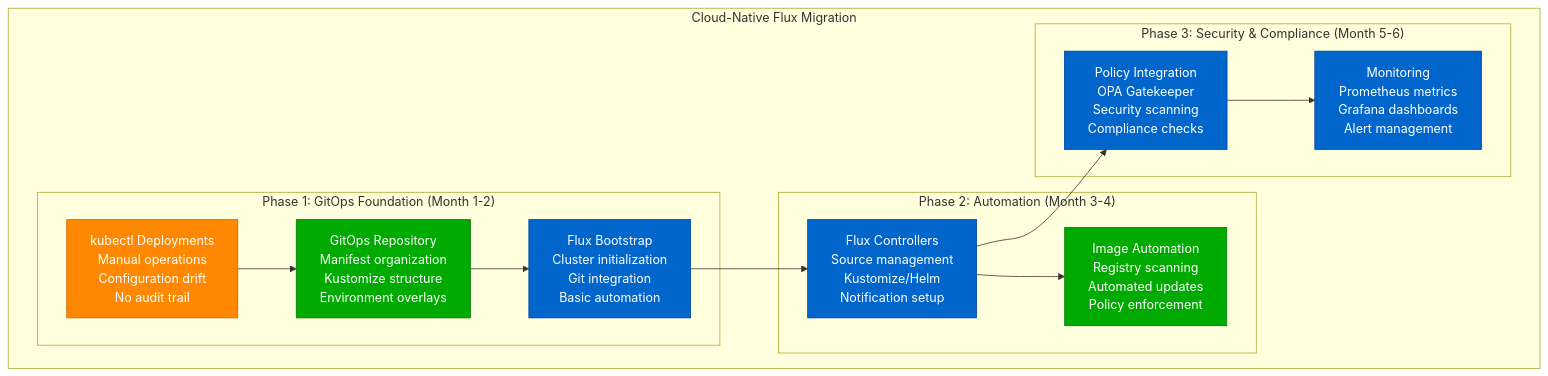
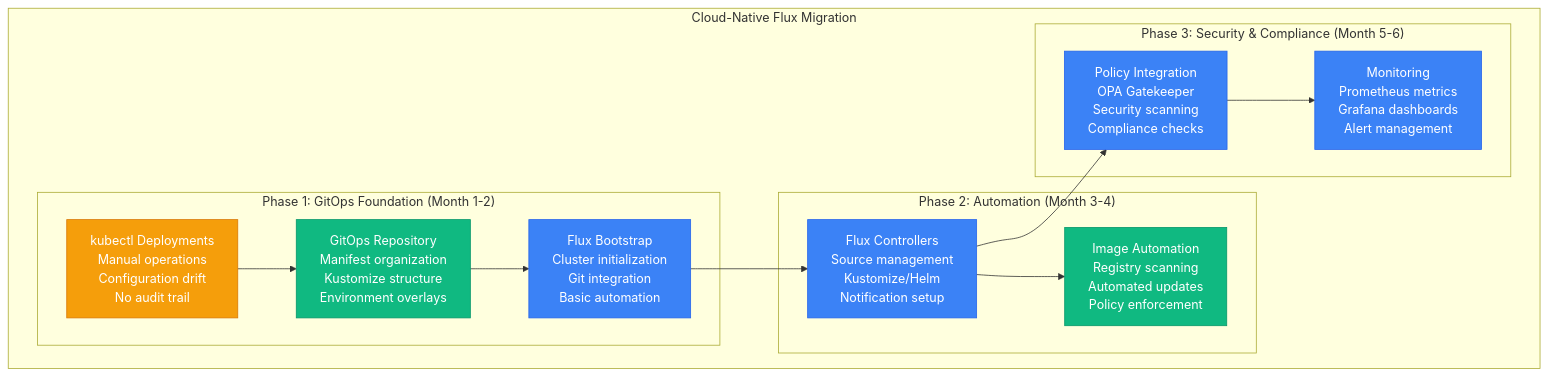
One commit to deepaucksharma/DS changed the seventh of 7 diagrams in site/docs/comparisons/argocd-vs-flux-vs-spinnaker.md. Above: the diagram before and after it, drawn with Mermaid. The commit also changed other lines of this file and 187 other files, not shown here.

````diff
--- a/site/docs/comparisons/argocd-vs-flux-vs-spinnaker.md
+++ b/site/docs/comparisons/argocd-vs-flux-vs-spinnaker.md
@@ -334,35 +334,35 @@
 ```mermaid
 graph TB
     subgraph Migration_Flux["Cloud-Native Flux Migration"]
         subgraph Phase1["Phase 1: GitOps Foundation (Month 1-2)"]
             KUBECTL_DEPLOYMENTS[kubectl Deployments<br/>Manual operations<br/>Configuration drift<br/>No audit trail]
             FLUX_BOOTSTRAP[Flux Bootstrap<br/>Cluster initialization<br/>Git integration<br/>Basic automation]
             GITOPS_REPO[GitOps Repository<br/>Manifest organization<br/>Kustomize structure<br/>Environment overlays]
         end
 
         subgraph Phase2["Phase 2: Automation (Month 3-4)"]
             FLUX_CONTROLLERS[Flux Controllers<br/>Source management<br/>Kustomize/Helm<br/>Notification setup]
             IMAGE_AUTOMATION[Image Automation<br/>Registry scanning<br/>Automated updates<br/>Policy enforcement]
         end
 
         subgraph Phase3["Phase 3: Security & Compliance (Month 5-6)"]
             POLICY_INTEGRATION[Policy Integration<br/>OPA Gatekeeper<br/>Security scanning<br/>Compliance checks]
             MONITORING_OBSERVABILITY[Monitoring<br/>Prometheus metrics<br/>Grafana dashboards<br/>Alert management]
         end
 
         KUBECTL_DEPLOYMENTS --> GITOPS_REPO
         GITOPS_REPO --> FLUX_BOOTSTRAP
         FLUX_BOOTSTRAP --> FLUX_CONTROLLERS
         FLUX_CONTROLLERS --> IMAGE_AUTOMATION
         FLUX_CONTROLLERS --> POLICY_INTEGRATION
         POLICY_INTEGRATION --> MONITORING_OBSERVABILITY
     end
 
-    classDef migrationStyle fill:#00AA00,stroke:#007700,color:#fff
-    classDef legacyStyle fill:#FF8800,stroke:#CC6600,color:#fff
-    classDef newStyle fill:#0066CC,stroke:#004499,color:#fff
+    classDef migrationStyle fill:#10B981,stroke:#059669,color:#fff
+    classDef legacyStyle fill:#F59E0B,stroke:#D97706,color:#fff
+    classDef newStyle fill:#3B82F6,stroke:#2563EB,color:#fff
 
     class GITOPS_REPO,IMAGE_AUTOMATION migrationStyle
     class KUBECTL_DEPLOYMENTS legacyStyle
     class FLUX_BOOTSTRAP,FLUX_CONTROLLERS,POLICY_INTEGRATION,MONITORING_OBSERVABILITY newStyle
 ```
````
